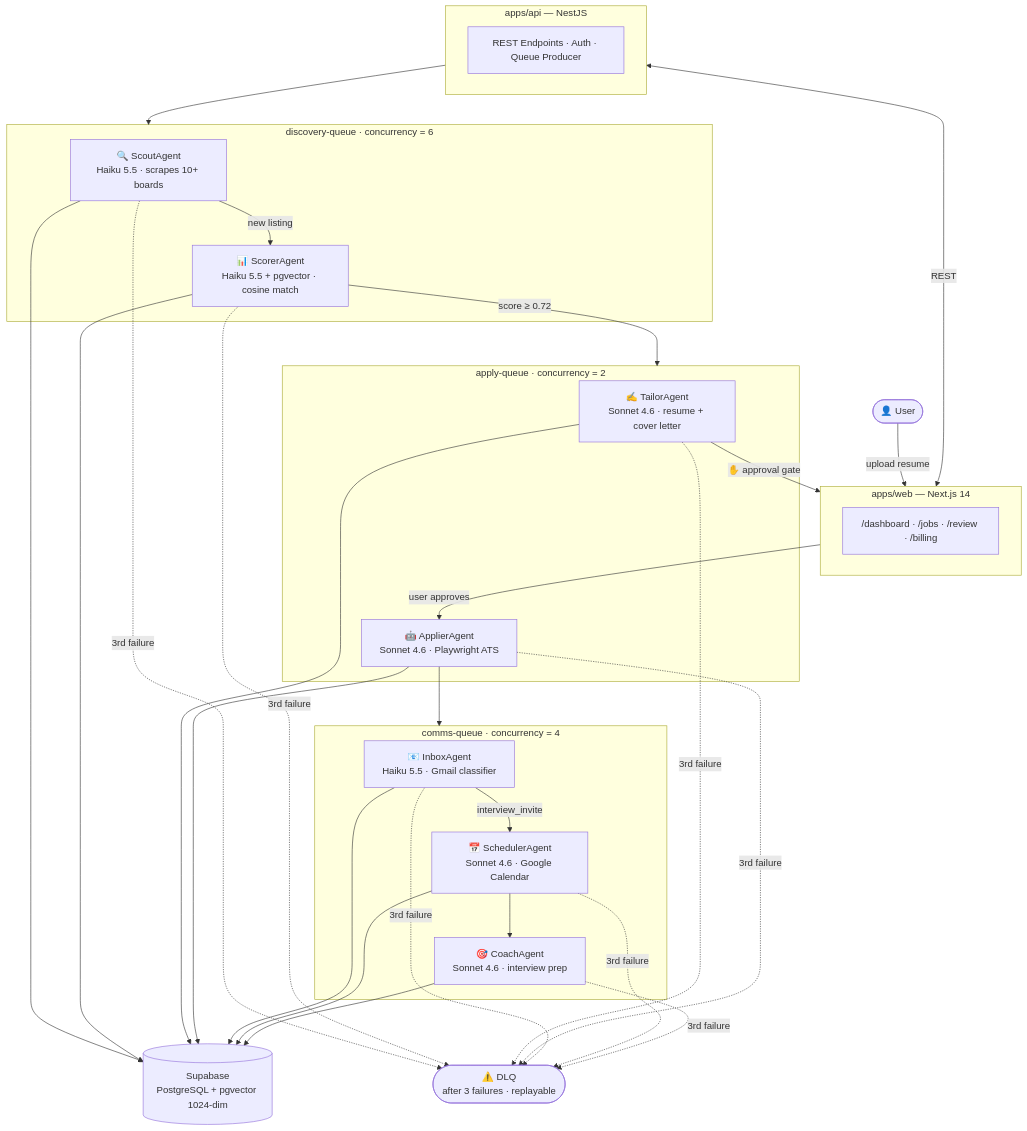
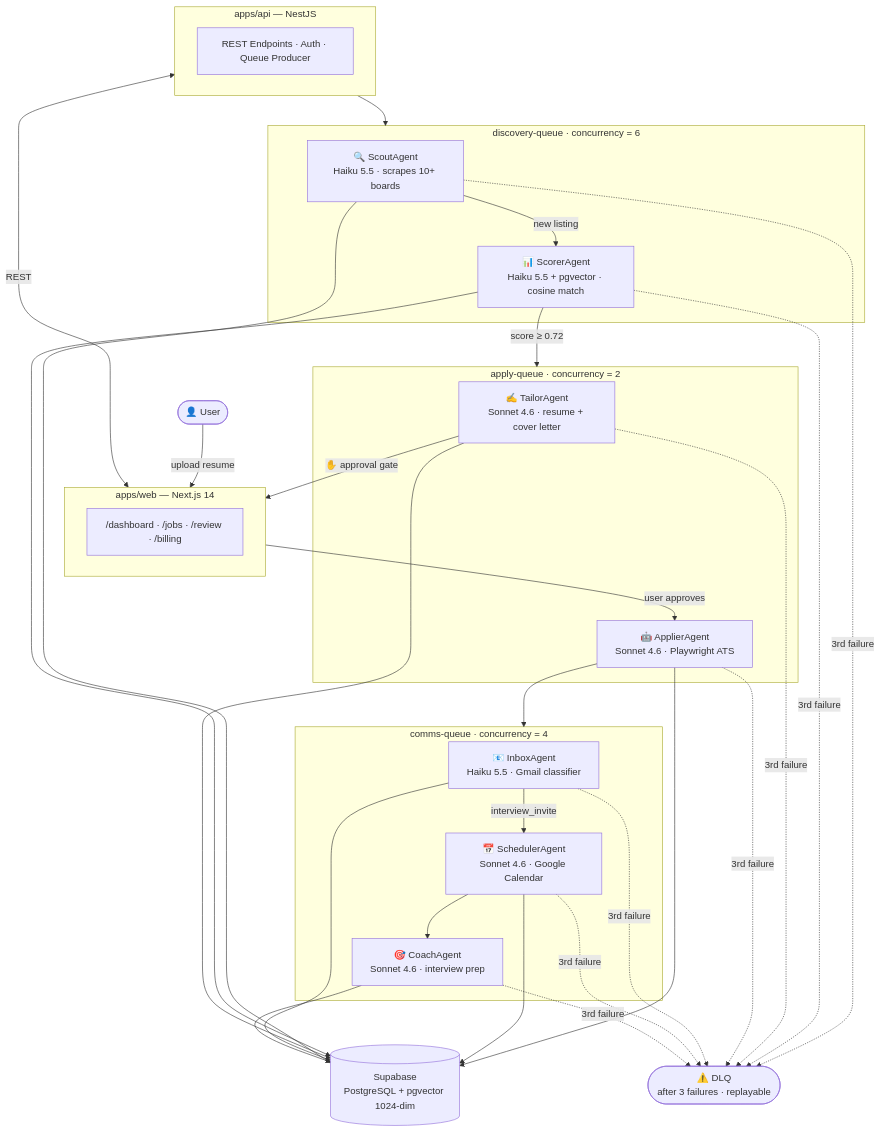
The diagram in README.md (JawadulHadi/pitchfire), drawn with Mermaid before and after one commit. The commit also changed other lines of this file, not shown here.

````diff
--- a/README.md
+++ b/README.md
@@ -46,48 +46,44 @@
 ```mermaid
-flowchart TD
-    U(["👤 User"])
-
-    subgraph Web["apps/web — Next.js 14"]
+flowchart TB
+ subgraph Web["apps/web — Next.js 14"]
         UI["/dashboard · /jobs · /review · /billing"]
-    end
-
-    subgraph API["apps/api — NestJS"]
+  end
+ subgraph API["apps/api — NestJS"]
         REST["REST Endpoints · Auth · Queue Producer"]
-    end
-
-    subgraph DQ["discovery-queue  ·  concurrency = 6"]
+  end
+ subgraph DQ["discovery-queue  ·  concurrency = 6"]
         Scout["🔍 ScoutAgent\nHaiku 5.5 · scrapes 10+ boards"]
         Scorer["📊 ScorerAgent\nHaiku 5.5 + pgvector · cosine match"]
-    end
-
-    subgraph AQ["apply-queue  ·  concurrency = 2"]
+  end
+ subgraph AQ["apply-queue  ·  concurrency = 2"]
         Tailor["✍️ TailorAgent\nSonnet 4.6 · resume + cover letter"]
         Applier["🤖 ApplierAgent\nSonnet 4.6 · Playwright ATS"]
-    end
-
-    subgraph CQ["comms-queue  ·  concurrency = 4"]
+  end
+ subgraph CQ["comms-queue  ·  concurrency = 4"]
         Inbox["📧 InboxAgent\nHaiku 5.5 · Gmail classifier"]
         Scheduler["📅 SchedulerAgent\nSonnet 4.6 · Google Calendar"]
         Coach["🎯 CoachAgent\nSonnet 4.6 · interview prep"]
-    end
-
-    DB[("Supabase\nPostgreSQL + pgvector 1024-dim")]
-    DLQ(["⚠️ DLQ\nafter 3 failures · replayable"])
-
-    U -- "upload resume" --> Web
-    Web <-- "REST" --> API
+  end
+    U(["👤 User"]) -- upload resume --> Web
+    Web <-- REST --> API
     API --> DQ
-
-    Scout -- "new listing" --> Scorer
+    Scout -- new listing --> Scorer
     Scorer -- "score ≥ 0.72" --> AQ
-
-    Tailor -- "✋ approval gate" --> Web
-    Web -- "user approves" --> Applier
-
-    Applier --> CQ
-    Inbox -- "interview_invite" --> Scheduler
-    Scheduler --> Coach
-
-    Scout & Scorer & Tailor & Applier & Inbox & Scheduler & Coach --> DB
-    Scout & Scorer & Tailor & Applier & Inbox & Scheduler & Coach -. "3rd failure" .-> DLQ
+    Tailor -- ✋ approval gate --> Web
+    Web -- user approves --> Applier
+    Applier --> CQ & DB[("Supabase\nPostgreSQL + pgvector 1024-dim")]
+    Inbox -- interview_invite --> Scheduler
+    Scheduler --> Coach & DB
+    Scout --> DB
+    Scorer --> DB
+    Tailor --> DB
+    Inbox --> DB
+    Coach --> DB
+    Scout -. 3rd failure .-> DLQ(["⚠️ DLQ\nafter 3 failures · replayable"])
+    Scorer -. 3rd failure .-> DLQ
+    Tailor -. 3rd failure .-> DLQ
+    Applier -. 3rd failure .-> DLQ
+    Inbox -. 3rd failure .-> DLQ
+    Scheduler -. 3rd failure .-> DLQ
+    Coach -. 3rd failure .-> DLQ
 ```
````
